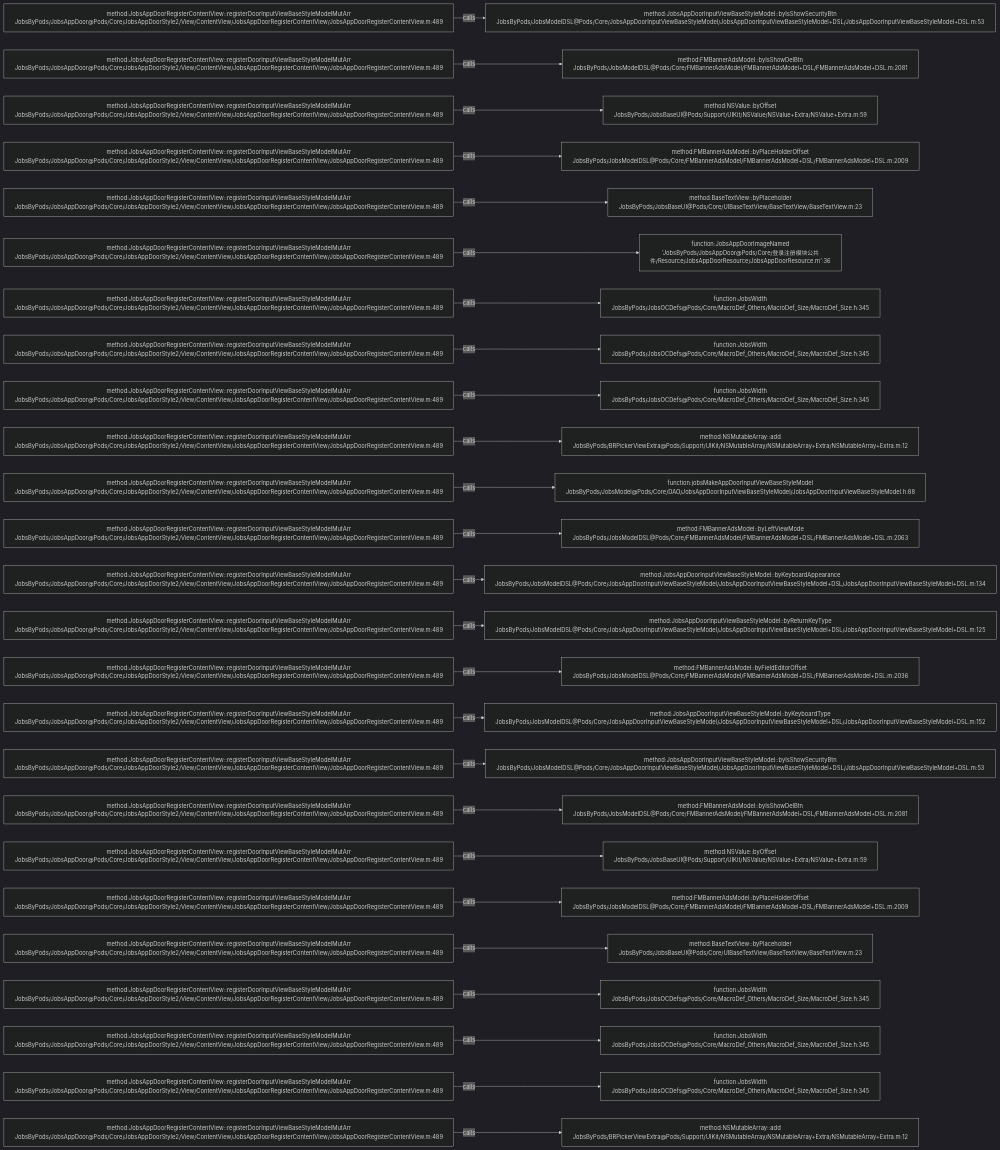
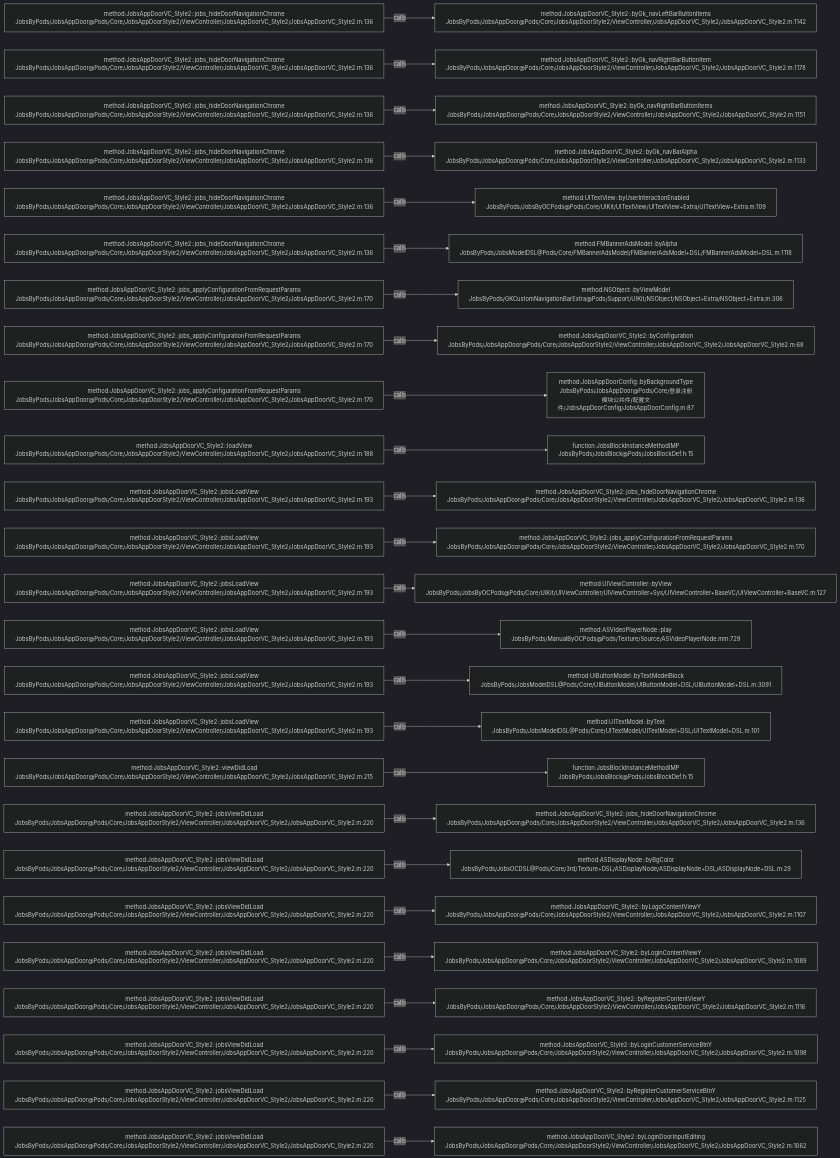
One commit to JobsKits/JobsOCBaseConfigDemo changed the diagram in .codegraph/codegraph.md/graphs/calls-136.md. Above: the diagram before and after it, drawn with Mermaid (dark theme). The commit also changed 223 other files, not shown here.

````diff
--- a/.codegraph/codegraph.md/graphs/calls-136.md
+++ b/.codegraph/codegraph.md/graphs/calls-136.md
@@ -13,78 +13,78 @@
 ```mermaid
 flowchart LR
-  S1["method:JobsAppDoorRegisterContentView::registerDoorInputViewBaseStyleModelMutArr<br/>JobsByPods/JobsAppDoor@Pods/Core/JobsAppDoorStyle2/View/ContentView/JobsAppDoorRegisterContentView/JobsAppDoorRegisterContentView.m:489"]
-  T1["method:JobsAppDoorInputViewBaseStyleModel::byIsShowSecurityBtn<br/>JobsByPods/JobsModelDSL@Pods/Core/JobsAppDoorInputViewBaseStyleModel/JobsAppDoorInputViewBaseStyleModel+DSL/JobsAppDoorInputViewBaseStyleModel+DSL.m:53"]
+  S1["method:JobsAppDoorVC_Style2::jobs_hideDoorNavigationChrome<br/>JobsByPods/JobsAppDoor@Pods/Core/JobsAppDoorStyle2/ViewController/JobsAppDoorVC_Style2/JobsAppDoorVC_Style2.m:136"]
+  T1["method:JobsAppDoorVC_Style2::byGk_navLeftBarButtonItems<br/>JobsByPods/JobsAppDoor@Pods/Core/JobsAppDoorStyle2/ViewController/JobsAppDoorVC_Style2/JobsAppDoorVC_Style2.m:1142"]
   S1 -->|calls| T1
-  S2["method:JobsAppDoorRegisterContentView::registerDoorInputViewBaseStyleModelMutArr<br/>JobsByPods/JobsAppDoor@Pods/Core/JobsAppDoorStyle2/View/ContentView/JobsAppDoorRegisterContentView/JobsAppDoorRegisterContentView.m:489"]
-  T2["method:FMBannerAdsModel::byIsShowDelBtn<br/>JobsByPods/JobsModelDSL@Pods/Core/FMBannerAdsModel/FMBannerAdsModel+DSL/FMBannerAdsModel+DSL.m:2081"]
+  S2["method:JobsAppDoorVC_Style2::jobs_hideDoorNavigationChrome<br/>JobsByPods/JobsAppDoor@Pods/Core/JobsAppDoorStyle2/ViewController/JobsAppDoorVC_Style2/JobsAppDoorVC_Style2.m:136"]
+  T2["method:JobsAppDoorVC_Style2::byGk_navRightBarButtonItem<br/>JobsByPods/JobsAppDoor@Pods/Core/JobsAppDoorStyle2/ViewController/JobsAppDoorVC_Style2/JobsAppDoorVC_Style2.m:1178"]
   S2 -->|calls| T2
-  S3["method:JobsAppDoorRegisterContentView::registerDoorInputViewBaseStyleModelMutArr<br/>JobsByPods/JobsAppDoor@Pods/Core/JobsAppDoorStyle2/View/ContentView/JobsAppDoorRegisterContentView/JobsAppDoorRegisterContentView.m:489"]
-  T3["method:NSValue::byOffset<br/>JobsByPods/JobsBaseUI@Pods/Support/UIKit/NSValue/NSValue+Extra/NSValue+Extra.m:59"]
+  S3["method:JobsAppDoorVC_Style2::jobs_hideDoorNavigationChrome<br/>JobsByPods/JobsAppDoor@Pods/Core/JobsAppDoorStyle2/ViewController/JobsAppDoorVC_Style2/JobsAppDoorVC_Style2.m:136"]
+  T3["method:JobsAppDoorVC_Style2::byGk_navRightBarButtonItems<br/>JobsByPods/JobsAppDoor@Pods/Core/JobsAppDoorStyle2/ViewController/JobsAppDoorVC_Style2/JobsAppDoorVC_Style2.m:1151"]
   S3 -->|calls| T3
-  S4["method:JobsAppDoorRegisterContentView::registerDoorInputViewBaseStyleModelMutArr<br/>JobsByPods/JobsAppDoor@Pods/Core/JobsAppDoorStyle2/View/ContentView/JobsAppDoorRegisterContentView/JobsAppDoorRegisterContentView.m:489"]
-  T4["method:FMBannerAdsModel::byPlaceHolderOffset<br/>JobsByPods/JobsModelDSL@Pods/Core/FMBannerAdsModel/FMBannerAdsModel+DSL/FMBannerAdsModel+DSL.m:2009"]
+  S4["method:JobsAppDoorVC_Style2::jobs_hideDoorNavigationChrome<br/>JobsByPods/JobsAppDoor@Pods/Core/JobsAppDoorStyle2/ViewController/JobsAppDoorVC_Style2/JobsAppDoorVC_Style2.m:136"]
+  T4["method:JobsAppDoorVC_Style2::byGk_navBarAlpha<br/>JobsByPods/JobsAppDoor@Pods/Core/JobsAppDoorStyle2/ViewController/JobsAppDoorVC_Style2/JobsAppDoorVC_Style2.m:1133"]
   S4 -->|calls| T4
-  S5["method:JobsAppDoorRegisterContentView::registerDoorInputViewBaseStyleModelMutArr<br/>JobsByPods/JobsAppDoor@Pods/Core/JobsAppDoorStyle2/View/ContentView/JobsAppDoorRegisterContentView/JobsAppDoorRegisterContentView.m:489"]
-  T5["method:BaseTextView::byPlaceholder<br/>JobsByPods/JobsBaseUI@Pods/Core/UIBaseTextView/BaseTextView/BaseTextView.m:23"]
+  S5["method:JobsAppDoorVC_Style2::jobs_hideDoorNavigationChrome<br/>JobsByPods/JobsAppDoor@Pods/Core/JobsAppDoorStyle2/ViewController/JobsAppDoorVC_Style2/JobsAppDoorVC_Style2.m:136"]
+  T5["method:UITextView::byUserInteractionEnabled<br/>JobsByPods/JobsByOCPods@Pods/Core/UIKit/UITextView/UITextView+Extra/UITextView+Extra.m:109"]
   S5 -->|calls| T5
-  S6["method:JobsAppDoorRegisterContentView::registerDoorInputViewBaseStyleModelMutArr<br/>JobsByPods/JobsAppDoor@Pods/Core/JobsAppDoorStyle2/View/ContentView/JobsAppDoorRegisterContentView/JobsAppDoorRegisterContentView.m:489"]
-  T6["function:JobsAppDoorImageNamed<br/>'JobsByPods/JobsAppDoor@Pods/Core/登录注册模块公共件/Resource/JobsAppDoorResource/JobsAppDoorResource.m':36"]
+  S6["method:JobsAppDoorVC_Style2::jobs_hideDoorNavigationChrome<br/>JobsByPods/JobsAppDoor@Pods/Core/JobsAppDoorStyle2/ViewController/JobsAppDoorVC_Style2/JobsAppDoorVC_Style2.m:136"]
+  T6["method:FMBannerAdsModel::byAlpha<br/>JobsByPods/JobsModelDSL@Pods/Core/FMBannerAdsModel/FMBannerAdsModel+DSL/FMBannerAdsModel+DSL.m:1118"]
   S6 -->|calls| T6
-  S7["method:JobsAppDoorRegisterContentView::registerDoorInputViewBaseStyleModelMutArr<br/>JobsByPods/JobsAppDoor@Pods/Core/JobsAppDoorStyle2/View/ContentView/JobsAppDoorRegisterContentView/JobsAppDoorRegisterContentView.m:489"]
-  T7["function:JobsWidth<br/>JobsByPods/JobsOCDefs@Pods/Core/MacroDef_Others/MacroDef_Size/MacroDef_Size.h:345"]
+  S7["method:JobsAppDoorVC_Style2::jobs_applyConfigurationFromRequestParams<br/>JobsByPods/JobsAppDoor@Pods/Core/JobsAppDoorStyle2/ViewController/JobsAppDoorVC_Style2/JobsAppDoorVC_Style2.m:170"]
+  T7["method:NSObject::byViewModel<br/>JobsByPods/GKCustomNavigationBarExtra@Pods/Support/UIKit/NSObject/NSObject+Extra/NSObject+Extra.m:306"]
   S7 -->|calls| T7
-  S8["method:JobsAppDoorRegisterContentView::registerDoorInputViewBaseStyleModelMutArr<br/>JobsByPods/JobsAppDoor@Pods/Core/JobsAppDoorStyle2/View/ContentView/JobsAppDoorRegisterContentView/JobsAppDoorRegisterContentView.m:489"]
-  T8["function:JobsWidth<br/>JobsByPods/JobsOCDefs@Pods/Core/MacroDef_Others/MacroDef_Size/MacroDef_Size.h:345"]
+  S8["method:JobsAppDoorVC_Style2::jobs_applyConfigurationFromRequestParams<br/>JobsByPods/JobsAppDoor@Pods/Core/JobsAppDoorStyle2/ViewController/JobsAppDoorVC_Style2/JobsAppDoorVC_Style2.m:170"]
+  T8["method:JobsAppDoorVC_Style2::byConfiguration<br/>JobsByPods/JobsAppDoor@Pods/Core/JobsAppDoorStyle2/ViewController/JobsAppDoorVC_Style2/JobsAppDoorVC_Style2.m:68"]
   S8 -->|calls| T8
-  S9["method:JobsAppDoorRegisterContentView::registerDoorInputViewBaseStyleModelMutArr<br/>JobsByPods/JobsAppDoor@Pods/Core/JobsAppDoorStyle2/View/ContentView/JobsAppDoorRegisterContentView/JobsAppDoorRegisterContentView.m:489"]
-  T9["function:JobsWidth<br/>JobsByPods/JobsOCDefs@Pods/Core/MacroDef_Others/MacroDef_Size/MacroDef_Size.h:345"]
+  S9["method:JobsAppDoorVC_Style2::jobs_applyConfigurationFromRequestParams<br/>JobsByPods/JobsAppDoor@Pods/Core/JobsAppDoorStyle2/ViewController/JobsAppDoorVC_Style2/JobsAppDoorVC_Style2.m:170"]
+  T9["method:JobsAppDoorConfig::byBackgroundType<br/>JobsByPods/JobsAppDoor@Pods/Core/登录注册模块公共件/配置文件/JobsAppDoorConfig/JobsAppDoorConfig.m:87"]
   S9 -->|calls| T9
-  S10["method:JobsAppDoorRegisterContentView::registerDoorInputViewBaseStyleModelMutArr<br/>JobsByPods/JobsAppDoor@Pods/Core/JobsAppDoorStyle2/View/ContentView/JobsAppDoorRegisterContentView/JobsAppDoorRegisterContentView.m:489"]
-  T10["method:NSMutableArray::add<br/>JobsByPods/BRPickerViewExtra@Pods/Support/UIKit/NSMutableArray/NSMutableArray+Extra/NSMutableArray+Extra.m:12"]
+  S10["method:JobsAppDoorVC_Style2::loadView<br/>JobsByPods/JobsAppDoor@Pods/Core/JobsAppDoorStyle2/ViewController/JobsAppDoorVC_Style2/JobsAppDoorVC_Style2.m:188"]
+  T10["function:JobsBlockInstanceMethodIMP<br/>JobsByPods/JobsBlock@Pods/JobsBlockDef.h:15"]
   S10 -->|calls| T10
-  S11["method:JobsAppDoorRegisterContentView::registerDoorInputViewBaseStyleModelMutArr<br/>JobsByPods/JobsAppDoor@Pods/Core/JobsAppDoorStyle2/View/ContentView/JobsAppDoorRegisterContentView/JobsAppDoorRegisterContentView.m:489"]
-  T11["function:jobsMakeAppDoorInputViewBaseStyleModel<br/>JobsByPods/JobsModel@Pods/Core/DAO/JobsAppDoorInputViewBaseStyleModel/JobsAppDoorInputViewBaseStyleModel.h:88"]
+  S11["method:JobsAppDoorVC_Style2::jobsLoadView<br/>JobsByPods/JobsAppDoor@Pods/Core/JobsAppDoorStyle2/ViewController/JobsAppDoorVC_Style2/JobsAppDoorVC_Style2.m:193"]
+  T11["method:JobsAppDoorVC_Style2::jobs_hideDoorNavigationChrome<br/>JobsByPods/JobsAppDoor@Pods/Core/JobsAppDoorStyle2/ViewController/JobsAppDoorVC_Style2/JobsAppDoorVC_Style2.m:136"]
   S11 -->|calls| T11
-  S12["method:JobsAppDoorRegisterContentView::registerDoorInputViewBaseStyleModelMutArr<br/>JobsByPods/JobsAppDoor@Pods/Core/JobsAppDoorStyle2/View/ContentView/JobsAppDoorRegisterContentView/JobsAppDoorRegisterContentView.m:489"]
-  T12["method:FMBannerAdsModel::byLeftViewMode<br/>JobsByPods/JobsModelDSL@Pods/Core/FMBannerAdsModel/FMBannerAdsModel+DSL/FMBannerAdsModel+DSL.m:2063"]
+  S12["method:JobsAppDoorVC_Style2::jobsLoadView<br/>JobsByPods/JobsAppDoor@Pods/Core/JobsAppDoorStyle2/ViewController/JobsAppDoorVC_Style2/JobsAppDoorVC_Style2.m:193"]
+  T12["method:JobsAppDoorVC_Style2::jobs_applyConfigurationFromRequestParams<br/>JobsByPods/JobsAppDoor@Pods/Core/JobsAppDoorStyle2/ViewController/JobsAppDoorVC_Style2/JobsAppDoorVC_Style2.m:170"]
   S12 -->|calls| T12
-  S13["method:JobsAppDoorRegisterContentView::registerDoorInputViewBaseStyleModelMutArr<br/>JobsByPods/JobsAppDoor@Pods/Core/JobsAppDoorStyle2/View/ContentView/JobsAppDoorRegisterContentView/JobsAppDoorRegisterContentView.m:489"]
-  T13["method:JobsAppDoorInputViewBaseStyleModel::byKeyboardAppearance<br/>JobsByPods/JobsModelDSL@Pods/Core/JobsAppDoorInputViewBaseStyleModel/JobsAppDoorInputViewBaseStyleModel+DSL/JobsAppDoorInputViewBaseStyleModel+DSL.m:134"]
+  S13["method:JobsAppDoorVC_Style2::jobsLoadView<br/>JobsByPods/JobsAppDoor@Pods/Core/JobsAppDoorStyle2/ViewController/JobsAppDoorVC_Style2/JobsAppDoorVC_Style2.m:193"]
+  T13["method:UIViewController::byView<br/>JobsByPods/JobsByOCPods@Pods/Core/UIKit/UIViewController/UIViewController+Sys/UIViewController+BaseVC/UIViewController+BaseVC.m:127"]
   S13 -->|calls| T13
-  S14["method:JobsAppDoorRegisterContentView::registerDoorInputViewBaseStyleModelMutArr<br/>JobsByPods/JobsAppDoor@Pods/Core/JobsAppDoorStyle2/View/ContentView/JobsAppDoorRegisterContentView/JobsAppDoorRegisterContentView.m:489"]
-  T14["method:JobsAppDoorInputViewBaseStyleModel::byReturnKeyType<br/>JobsByPods/JobsModelDSL@Pods/Core/JobsAppDoorInputViewBaseStyleModel/JobsAppDoorInputViewBaseStyleModel+DSL/JobsAppDoorInputViewBaseStyleModel+DSL.m:125"]
+  S14["method:JobsAppDoorVC_Style2::jobsLoadView<br/>JobsByPods/JobsAppDoor@Pods/Core/JobsAppDoorStyle2/ViewController/JobsAppDoorVC_Style2/JobsAppDoorVC_Style2.m:193"]
+  T14["method:ASVideoPlayerNode::play<br/>JobsByPods/ManualByOCPods@Pods/Texture/Source/ASVideoPlayerNode.mm:729"]
   S14 -->|calls| T14
-  S15["method:JobsAppDoorRegisterContentView::registerDoorInputViewBaseStyleModelMutArr<br/>JobsByPods/JobsAppDoor@Pods/Core/JobsAppDoorStyle2/View/ContentView/JobsAppDoorRegisterContentView/JobsAppDoorRegisterContentView.m:489"]
-  T15["method:FMBannerAdsModel::byFieldEditorOffset<br/>JobsByPods/JobsModelDSL@Pods/Core/FMBannerAdsModel/FMBannerAdsModel+DSL/FMBannerAdsModel+DSL.m:2036"]
+  S15["method:JobsAppDoorVC_Style2::jobsLoadView<br/>JobsByPods/JobsAppDoor@Pods/Core/JobsAppDoorStyle2/ViewController/JobsAppDoorVC_Style2/JobsAppDoorVC_Style2.m:193"]
+  T15["method:UIButtonModel::byTextModelBlock<br/>JobsByPods/JobsModelDSL@Pods/Core/UIButtonModel/UIButtonModel+DSL/UIButtonModel+DSL.m:3091"]
   S15 -->|calls| T15
-  S16["method:JobsAppDoorRegisterContentView::registerDoorInputViewBaseStyleModelMutArr<br/>JobsByPods/JobsAppDoor@Pods/Core/JobsAppDoorStyle2/View/ContentView/JobsAppDoorRegisterContentView/JobsAppDoorRegisterContentView.m:489"]
-  T16["method:JobsAppDoorInputViewBaseStyleModel::byKeyboardType<br/>JobsByPods/JobsModelDSL@Pods/Core/JobsAppDoorInputViewBaseStyleModel/JobsAppDoorInputViewBaseStyleModel+DSL/JobsAppDoorInputViewBaseStyleModel+DSL.m:152"]
+  S16["method:JobsAppDoorVC_Style2::jobsLoadView<br/>JobsByPods/JobsAppDoor@Pods/Core/JobsAppDoorStyle2/ViewController/JobsAppDoorVC_Style2/JobsAppDoorVC_Style2.m:193"]
+  T16["method:UITextModel::byText<br/>JobsByPods/JobsModelDSL@Pods/Core/UITextModel/UITextModel+DSL/UITextModel+DSL.m:101"]
   S16 -->|calls| T16
-  S17["method:JobsAppDoorRegisterContentView::registerDoorInputViewBaseStyleModelMutArr<br/>JobsByPods/JobsAppDoor@Pods/Core/JobsAppDoorStyle2/View/ContentView/JobsAppDoorRegisterContentView/JobsAppDoorRegisterContentView.m:489"]
-  T17["method:JobsAppDoorInputViewBaseStyleModel::byIsShowSecurityBtn<br/>JobsByPods/JobsModelDSL@Pods/Core/JobsAppDoorInputViewBaseStyleModel/JobsAppDoorInputViewBaseStyleModel+DSL/JobsAppDoorInputViewBaseStyleModel+DSL.m:53"]
+  S17["method:JobsAppDoorVC_Style2::viewDidLoad<br/>JobsByPods/JobsAppDoor@Pods/Core/JobsAppDoorStyle2/ViewController/JobsAppDoorVC_Style2/JobsAppDoorVC_Style2.m:215"]
+  T17["function:JobsBlockInstanceMethodIMP<br/>JobsByPods/JobsBlock@Pods/JobsBlockDef.h:15"]
   S17 -->|calls| T17
-  S18["method:JobsAppDoorRegisterContentView::registerDoorInputViewBaseStyleModelMutArr<br/>JobsByPods/JobsAppDoor@Pods/Core/JobsAppDoorStyle2/View/ContentView/JobsAppDoorRegisterContentView/JobsAppDoorRegisterContentView.m:489"]
-  T18["method:FMBannerAdsModel::byIsShowDelBtn<br/>JobsByPods/JobsModelDSL@Pods/Core/FMBannerAdsModel/FMBannerAdsModel+DSL/FMBannerAdsModel+DSL.m:2081"]
+  S18["method:JobsAppDoorVC_Style2::jobsViewDidLoad<br/>JobsByPods/JobsAppDoor@Pods/Core/JobsAppDoorStyle2/ViewController/JobsAppDoorVC_Style2/JobsAppDoorVC_Style2.m:220"]
+  T18["method:JobsAppDoorVC_Style2::jobs_hideDoorNavigationChrome<br/>JobsByPods/JobsAppDoor@Pods/Core/JobsAppDoorStyle2/ViewController/JobsAppDoorVC_Style2/JobsAppDoorVC_Style2.m:136"]
   S18 -->|calls| T18
-  S19["method:JobsAppDoorRegisterContentView::registerDoorInputViewBaseStyleModelMutArr<br/>JobsByPods/JobsAppDoor@Pods/Core/JobsAppDoorStyle2/View/ContentView/JobsAppDoorRegisterContentView/JobsAppDoorRegisterContentView.m:489"]
-  T19["method:NSValue::byOffset<br/>JobsByPods/JobsBaseUI@Pods/Support/UIKit/NSValue/NSValue+Extra/NSValue+Extra.m:59"]
+  S19["method:JobsAppDoorVC_Style2::jobsViewDidLoad<br/>JobsByPods/JobsAppDoor@Pods/Core/JobsAppDoorStyle2/ViewController/JobsAppDoorVC_Style2/JobsAppDoorVC_Style2.m:220"]
+  T19["method:ASDisplayNode::byBgColor<br/>JobsByPods/JobsOCDSL@Pods/Core/3rd/Texture+DSL/ASDisplayNode/ASDisplayNode+DSL/ASDisplayNode+DSL.m:29"]
   S19 -->|calls| T19
-  S20["method:JobsAppDoorRegisterContentView::registerDoorInputViewBaseStyleModelMutArr<br/>JobsByPods/JobsAppDoor@Pods/Core/JobsAppDoorStyle2/View/ContentView/JobsAppDoorRegisterContentView/JobsAppDoorRegisterContentView.m:489"]
-  T20["method:FMBannerAdsModel::byPlaceHolderOffset<br/>JobsByPods/JobsModelDSL@Pods/Core/FMBannerAdsModel/FMBannerAdsModel+DSL/FMBannerAdsModel+DSL.m:2009"]
+  S20["method:JobsAppDoorVC_Style2::jobsViewDidLoad<br/>JobsByPods/JobsAppDoor@Pods/Core/JobsAppDoorStyle2/ViewController/JobsAppDoorVC_Style2/JobsAppDoorVC_Style2.m:220"]
+  T20["method:JobsAppDoorVC_Style2::byLogoContentViewY<br/>JobsByPods/JobsAppDoor@Pods/Core/JobsAppDoorStyle2/ViewController/JobsAppDoorVC_Style2/JobsAppDoorVC_Style2.m:1107"]
   S20 -->|calls| T20
-  S21["method:JobsAppDoorRegisterContentView::registerDoorInputViewBaseStyleModelMutArr<br/>JobsByPods/JobsAppDoor@Pods/Core/JobsAppDoorStyle2/View/ContentView/JobsAppDoorRegisterContentView/JobsAppDoorRegisterContentView.m:489"]
-  T21["method:BaseTextView::byPlaceholder<br/>JobsByPods/JobsBaseUI@Pods/Core/UIBaseTextView/BaseTextView/BaseTextView.m:23"]
+  S21["method:JobsAppDoorVC_Style2::jobsViewDidLoad<br/>JobsByPods/JobsAppDoor@Pods/Core/JobsAppDoorStyle2/ViewController/JobsAppDoorVC_Style2/JobsAppDoorVC_Style2.m:220"]
+  T21["method:JobsAppDoorVC_Style2::byLoginContentViewY<br/>JobsByPods/JobsAppDoor@Pods/Core/JobsAppDoorStyle2/ViewController/JobsAppDoorVC_Style2/JobsAppDoorVC_Style2.m:1089"]
   S21 -->|calls| T21
-  S22["method:JobsAppDoorRegisterContentView::registerDoorInputViewBaseStyleModelMutArr<br/>JobsByPods/JobsAppDoor@Pods/Core/JobsAppDoorStyle2/View/ContentView/JobsAppDoorRegisterContentView/JobsAppDoorRegisterContentView.m:489"]
-  T22["function:JobsWidth<br/>JobsByPods/JobsOCDefs@Pods/Core/MacroDef_Others/MacroDef_Size/MacroDef_Size.h:345"]
+  S22["method:JobsAppDoorVC_Style2::jobsViewDidLoad<br/>JobsByPods/JobsAppDoor@Pods/Core/JobsAppDoorStyle2/ViewController/JobsAppDoorVC_Style2/JobsAppDoorVC_Style2.m:220"]
+  T22["method:JobsAppDoorVC_Style2::byRegisterContentViewY<br/>JobsByPods/JobsAppDoor@Pods/Core/JobsAppDoorStyle2/ViewController/JobsAppDoorVC_Style2/JobsAppDoorVC_Style2.m:1116"]
   S22 -->|calls| T22
-  S23["method:JobsAppDoorRegisterContentView::registerDoorInputViewBaseStyleModelMutArr<br/>JobsByPods/JobsAppDoor@Pods/Core/JobsAppDoorStyle2/View/ContentView/JobsAppDoorRegisterContentView/JobsAppDoorRegisterContentView.m:489"]
-  T23["function:JobsWidth<br/>JobsByPods/JobsOCDefs@Pods/Core/MacroDef_Others/MacroDef_Size/MacroDef_Size.h:345"]
+  S23["method:JobsAppDoorVC_Style2::jobsViewDidLoad<br/>JobsByPods/JobsAppDoor@Pods/Core/JobsAppDoorStyle2/ViewController/JobsAppDoorVC_Style2/JobsAppDoorVC_Style2.m:220"]
+  T23["method:JobsAppDoorVC_Style2::byLoginCustomerServiceBtnY<br/>JobsByPods/JobsAppDoor@Pods/Core/JobsAppDoorStyle2/ViewController/JobsAppDoorVC_Style2/JobsAppDoorVC_Style2.m:1098"]
   S23 -->|calls| T23
-  S24["method:JobsAppDoorRegisterContentView::registerDoorInputViewBaseStyleModelMutArr<br/>JobsByPods/JobsAppDoor@Pods/Core/JobsAppDoorStyle2/View/ContentView/JobsAppDoorRegisterContentView/JobsAppDoorRegisterContentView.m:489"]
-  T24["function:JobsWidth<br/>JobsByPods/JobsOCDefs@Pods/Core/MacroDef_Others/MacroDef_Size/MacroDef_Size.h:345"]
+  S24["method:JobsAppDoorVC_Style2::jobsViewDidLoad<br/>JobsByPods/JobsAppDoor@Pods/Core/JobsAppDoorStyle2/ViewController/JobsAppDoorVC_Style2/JobsAppDoorVC_Style2.m:220"]
+  T24["method:JobsAppDoorVC_Style2::byRegisterCustomerServiceBtnY<br/>JobsByPods/JobsAppDoor@Pods/Core/JobsAppDoorStyle2/ViewController/JobsAppDoorVC_Style2/JobsAppDoorVC_Style2.m:1125"]
   S24 -->|calls| T24
-  S25["method:JobsAppDoorRegisterContentView::registerDoorInputViewBaseStyleModelMutArr<br/>JobsByPods/JobsAppDoor@Pods/Core/JobsAppDoorStyle2/View/ContentView/JobsAppDoorRegisterContentView/JobsAppDoorRegisterContentView.m:489"]
-  T25["method:NSMutableArray::add<br/>JobsByPods/BRPickerViewExtra@Pods/Support/UIKit/NSMutableArray/NSMutableArray+Extra/NSMutableArray+Extra.m:12"]
+  S25["method:JobsAppDoorVC_Style2::jobsViewDidLoad<br/>JobsByPods/JobsAppDoor@Pods/Core/JobsAppDoorStyle2/ViewController/JobsAppDoorVC_Style2/JobsAppDoorVC_Style2.m:220"]
+  T25["method:JobsAppDoorVC_Style2::byLoginDoorInputEditing<br/>JobsByPods/JobsAppDoor@Pods/Core/JobsAppDoorStyle2/ViewController/JobsAppDoorVC_Style2/JobsAppDoorVC_Style2.m:1062"]
   S25 -->|calls| T25
 ```
````
